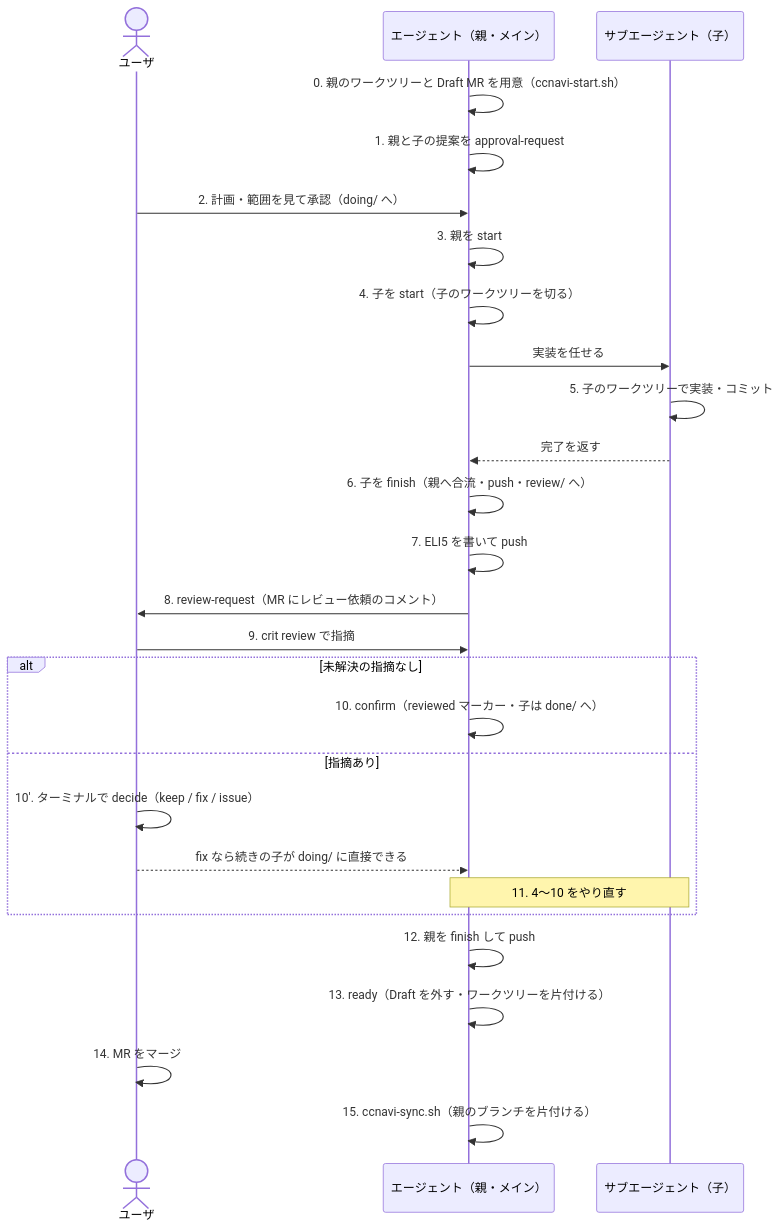
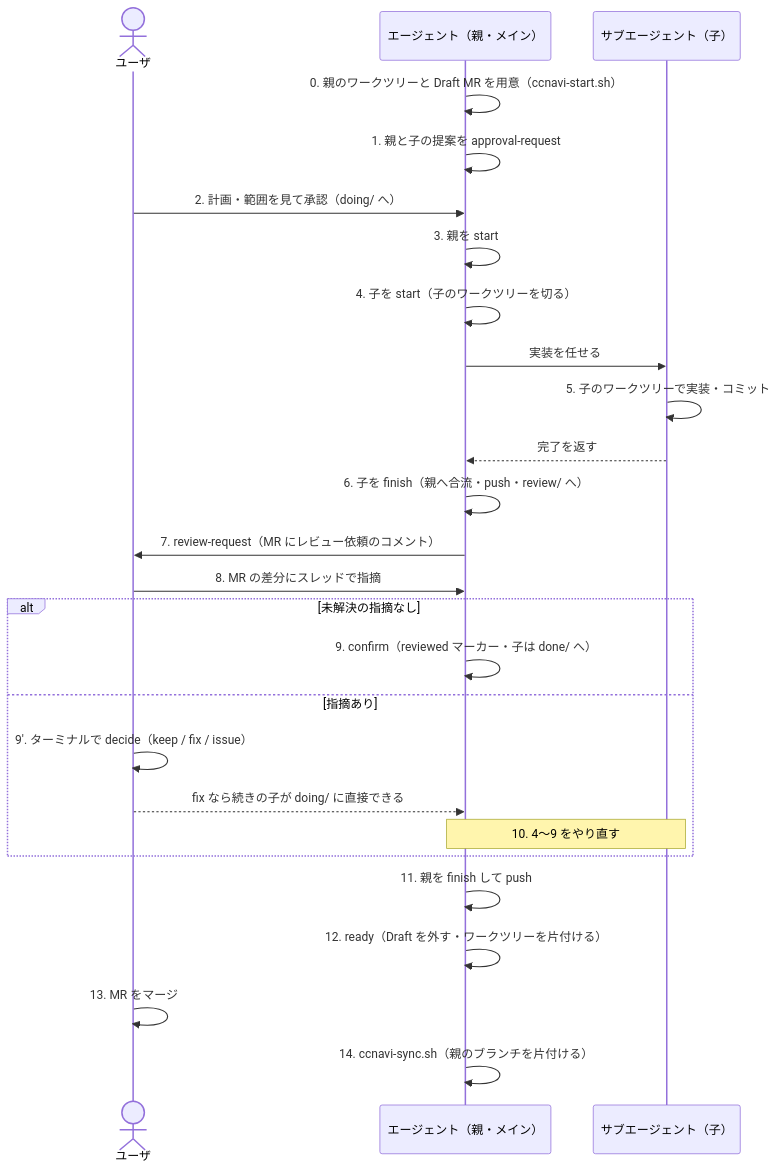
The diagram in .ccnavi/docs/ticket-flow.md (yuki-matsu783/ccnavi), drawn with Mermaid before and after one commit. The commit also changed other lines of this file and 16 other files, not shown here.

````diff
--- a/.ccnavi/docs/ticket-flow.md
+++ b/.ccnavi/docs/ticket-flow.md
@@ -39,30 +39,29 @@
 ```mermaid
 sequenceDiagram
   actor U as ユーザ
   participant P as エージェント（親・メイン）
   participant S as サブエージェント（子）
 
   P->>P: 0. 親のワークツリーと Draft MR を用意（ccnavi-start.sh）
   P->>P: 1. 親と子の提案を approval-request
   U->>P: 2. 計画・範囲を見て承認（doing/ へ）
   P->>P: 3. 親を start
   P->>P: 4. 子を start（子のワークツリーを切る）
   P->>S: 実装を任せる
   S->>S: 5. 子のワークツリーで実装・コミット
   S-->>P: 完了を返す
   P->>P: 6. 子を finish（親へ合流・push・review/ へ）
-  P->>P: 7. ELI5 を書いて push
-  P->>U: 8. review-request（MR にレビュー依頼のコメント）
-  U->>P: 9. crit review で指摘
+  P->>U: 7. review-request（MR にレビュー依頼のコメント）
+  U->>P: 8. MR の差分にスレッドで指摘
   alt 未解決の指摘なし
-    P->>P: 10. confirm（reviewed マーカー・子は done/ へ）
+    P->>P: 9. confirm（reviewed マーカー・子は done/ へ）
   else 指摘あり
-    U->>U: 10'. ターミナルで decide（keep / fix / issue）
+    U->>U: 9'. ターミナルで decide（keep / fix / issue）
     U-->>P: fix なら続きの子が doing/ に直接できる
-    Note over P,S: 11. 4〜10 をやり直す
+    Note over P,S: 10. 4〜9 をやり直す
   end
-  P->>P: 12. 親を finish して push
-  P->>P: 13. ready（Draft を外す・ワークツリーを片付ける）
-  U->>U: 14. MR をマージ
-  P->>P: 15. ccnavi-sync.sh（親のブランチを片付ける）
+  P->>P: 11. 親を finish して push
+  P->>P: 12. ready（Draft を外す・ワークツリーを片付ける）
+  U->>U: 13. MR をマージ
+  P->>P: 14. ccnavi-sync.sh（親のブランチを片付ける）
 ```
````
